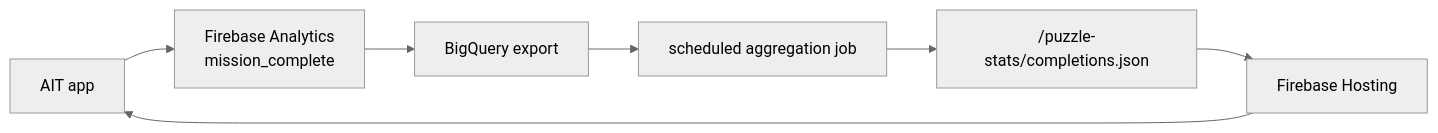
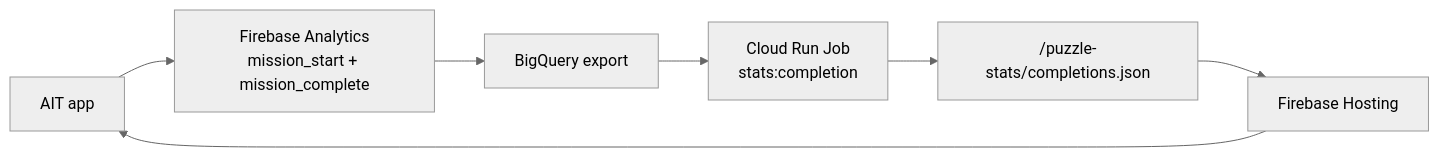
Before and after one commit to seorilabs/crossword-puzzle: the diagram in docs/puzzle-completion-stats.md, drawn with Mermaid (neutral theme). The commit also changed other lines of this file and 13 other files, not shown here.

````diff
--- a/docs/puzzle-completion-stats.md
+++ b/docs/puzzle-completion-stats.md
@@ -56,16 +60,16 @@
 ```mermaid
 flowchart LR
   App["AIT app"]
-  Analytics["Firebase Analytics<br/>mission_complete"]
+  Analytics["Firebase Analytics<br/>mission_start + mission_complete"]
   BQ["BigQuery export"]
-  Job["scheduled aggregation job"]
+  Job["Cloud Run Job<br/>stats:completion"]
   JSON["/puzzle-stats/completions.json"]
   Hosting["Firebase Hosting"]
 
   App --> Analytics
   Analytics --> BQ
   BQ --> Job
   Job --> JSON
   JSON --> Hosting
   Hosting --> App
 ```
````
